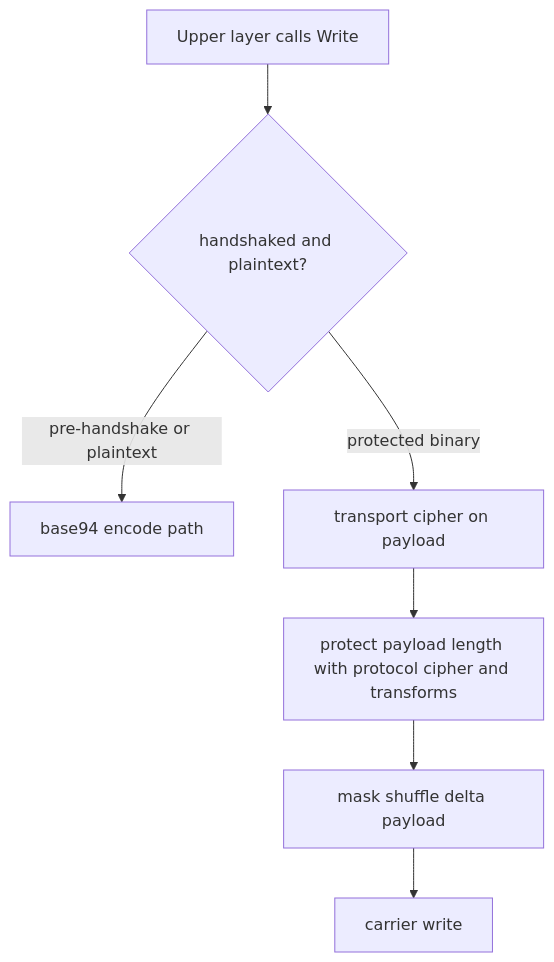
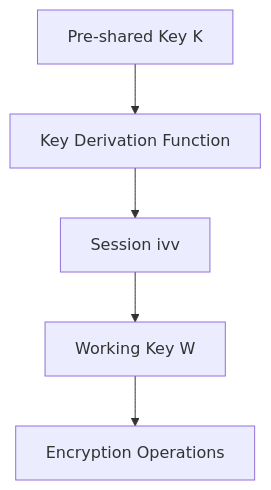
The seventh of 12 diagrams in docs/TRANSMISSION.md (HyacinthHaru/openppp2), drawn with Mermaid before and after one commit. The commit also changed other lines of this file and 31 other files, not shown here.

````diff
--- a/docs/TRANSMISSION.md
+++ b/docs/TRANSMISSION.md
@@ -444,9 +477,7 @@
 ```mermaid
 flowchart TD
-    A[Upper layer calls Write] --> B{handshaked and plaintext?}
-    B -->|pre-handshake or plaintext| C[base94 encode path]
-    B -->|protected binary| D[transport cipher on payload]
-    D --> E[protect payload length with protocol cipher and transforms]
-    E --> F[mask shuffle delta payload]
-    F --> G[carrier write]
+    A[Pre-shared Key K] --> B[Key Derivation Function]
+    B --> C[Session ivv]
+    C --> D[Working Key W]
+    D --> E[Encryption Operations]
 ```
````
